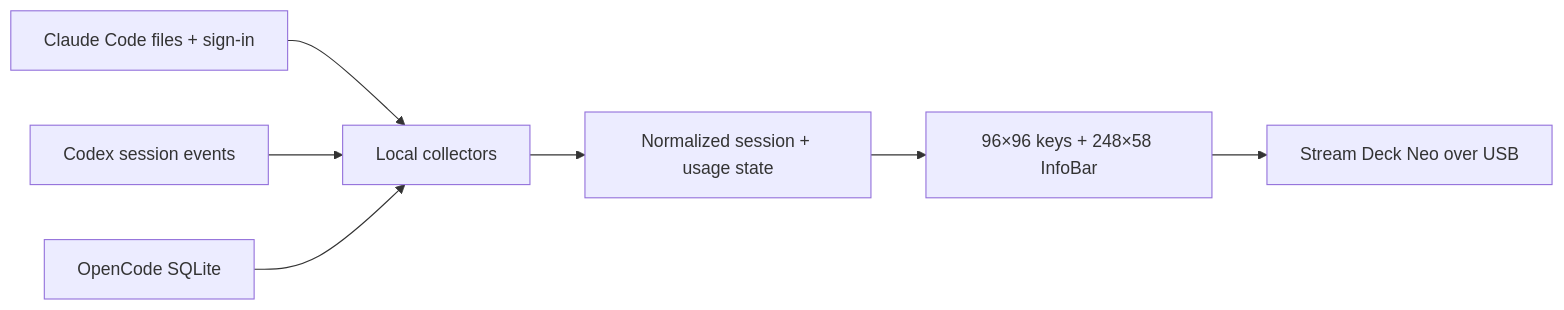
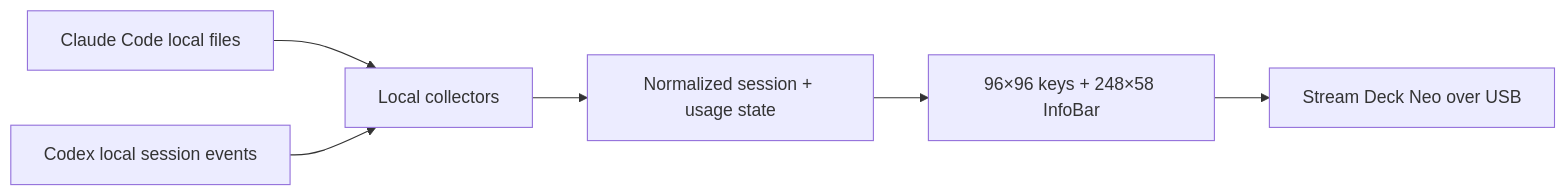
The diagram in README.md (mike-ai-de/agent-stream-deck-neo-claude-code-codex), drawn with Mermaid before and after one commit. The commit also changed other lines of this file and 50 other files, not shown here.

Commit message:
Publish Claude Code and Codex focused fork

````diff
--- a/README.md
+++ b/README.md
@@ -256,9 +165,8 @@
 ```mermaid
 flowchart LR
-  C["Claude Code files + sign-in"] --> D["Local collectors"]
-  X["Codex session events"] --> D
-  O["OpenCode SQLite"] --> D
+  C["Claude Code local files"] --> D["Local collectors"]
+  X["Codex local session events"] --> D
   D --> S["Normalized session + usage state"]
   S --> R["96×96 keys + 248×58 InfoBar"]
   R --> N["Stream Deck Neo over USB"]
 ```
````
